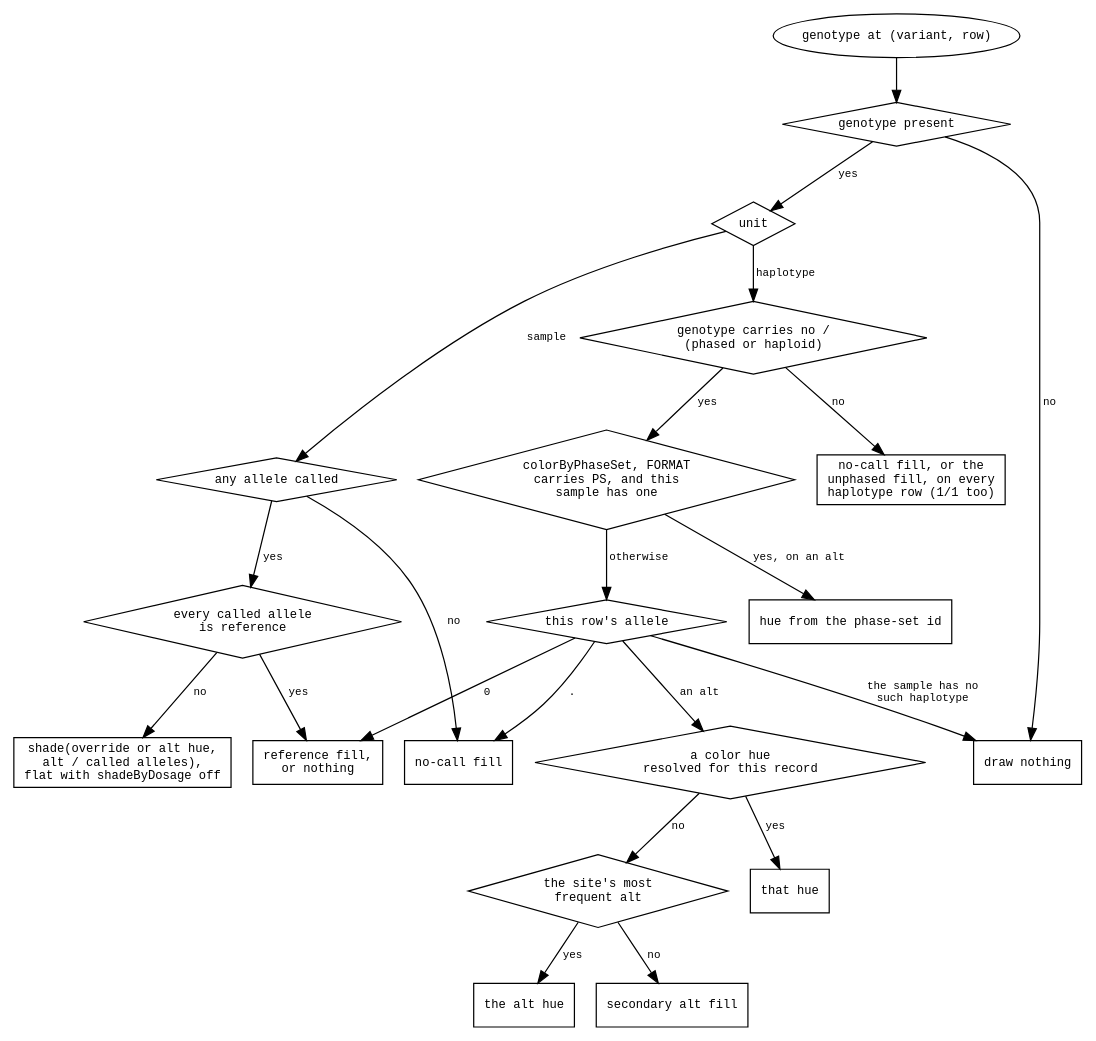
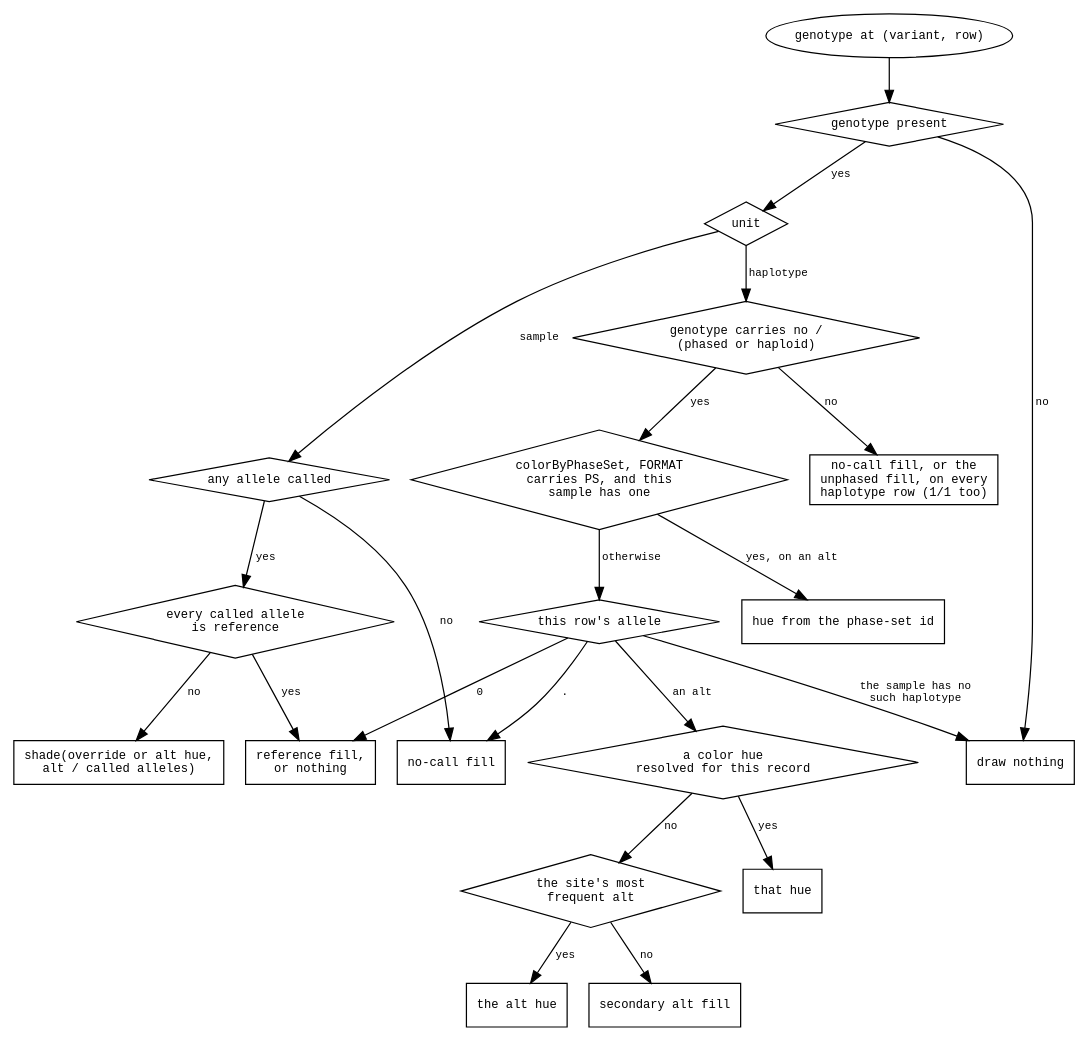
The diagram in agent-docs/reference/diagrams/variants-cell-color.dot (GMOD/jbrowse-components), drawn with Graphviz before and after one commit. The commit also changed 53 other files, not shown here.

```diff
--- a/agent-docs/reference/diagrams/variants-cell-color.dot
+++ b/agent-docs/reference/diagrams/variants-cell-color.dot
@@ -1,55 +1,55 @@
 digraph variant_cell_color {
   rankdir=TB
   node [shape=box fontname=monospace fontsize=10]
   edge [fontname=monospace fontsize=9]
   { node [shape=diamond] have; mode; ps; phased; allele; alt; override; called; allref }
 
   start [label="genotype at (variant, row)", shape=oval]
   start -> have
   have [label="genotype present"]
   have -> nothing [label=" no"]
   have -> mode    [label=" yes"]
   nothing [label="draw nothing"]
 
   mode [label="unit"]
   mode -> phased [label=" haplotype"]
   mode -> called [label=" sample"]
 
   phased [label="genotype carries no /\n(phased or haploid)"]
   phased -> uncalled [label=" no"]
   phased -> ps       [label=" yes"]
   uncalled [label="no-call fill, or the\nunphased fill, on every\nhaplotype row (1/1 too)"]
 
   ps [label="colorByPhaseSet, FORMAT\ncarries PS, and this\nsample has one"]
   ps -> pshue  [label=" yes, on an alt"]
   ps -> allele [label=" otherwise"]
   pshue [label="hue from the phase-set id"]
 
   allele [label="this row's allele"]
   allele -> nothing   [label=" the sample has no\n such haplotype"]
   allele -> nocallcol [label=" ."]
   allele -> refcol    [label=" 0"]
   allele -> override  [label=" an alt"]
   nocallcol [label="no-call fill"]
   refcol    [label="reference fill,\nor nothing"]
 
   override [label="a color hue\nresolved for this record"]
   override -> ovcol [label=" yes"]
   override -> alt   [label=" no"]
   ovcol [label="that hue"]
 
   alt [label="the site's most\nfrequent alt"]
   alt -> althue    [label=" yes"]
   alt -> secondary [label=" no"]
   althue    [label="the alt hue"]
   secondary [label="secondary alt fill"]
 
   called [label="any allele called"]
   called -> nocallcol [label=" no"]
   called -> allref    [label=" yes"]
 
   allref [label="every called allele\nis reference"]
   allref -> refcol [label=" yes"]
   allref -> dosage [label=" no"]
-  dosage [label="shade(override or alt hue,\nalt / called alleles),\nflat with shadeByDosage off"]
+  dosage [label="shade(override or alt hue,\nalt / called alleles)"]
 }
```
